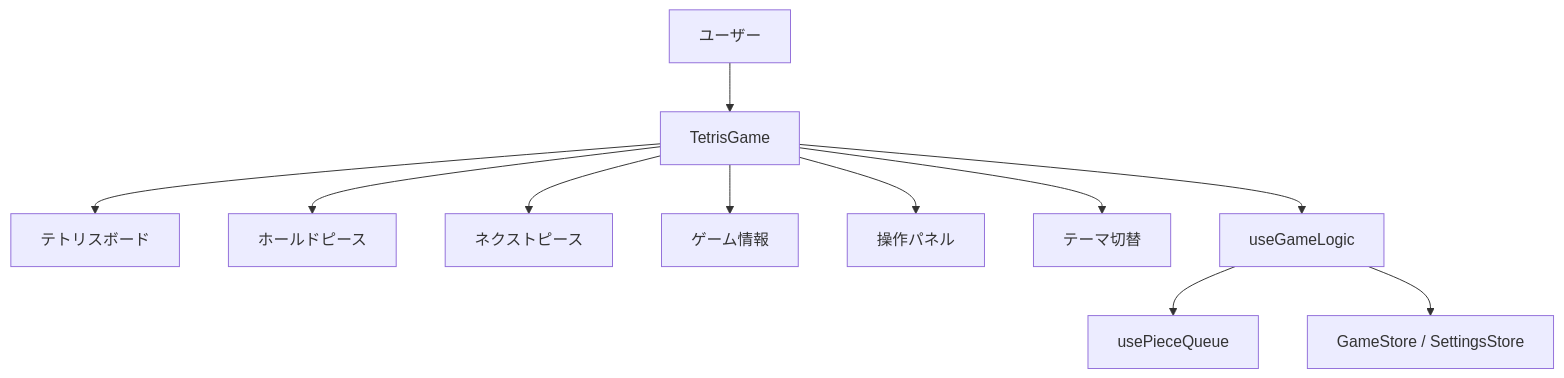
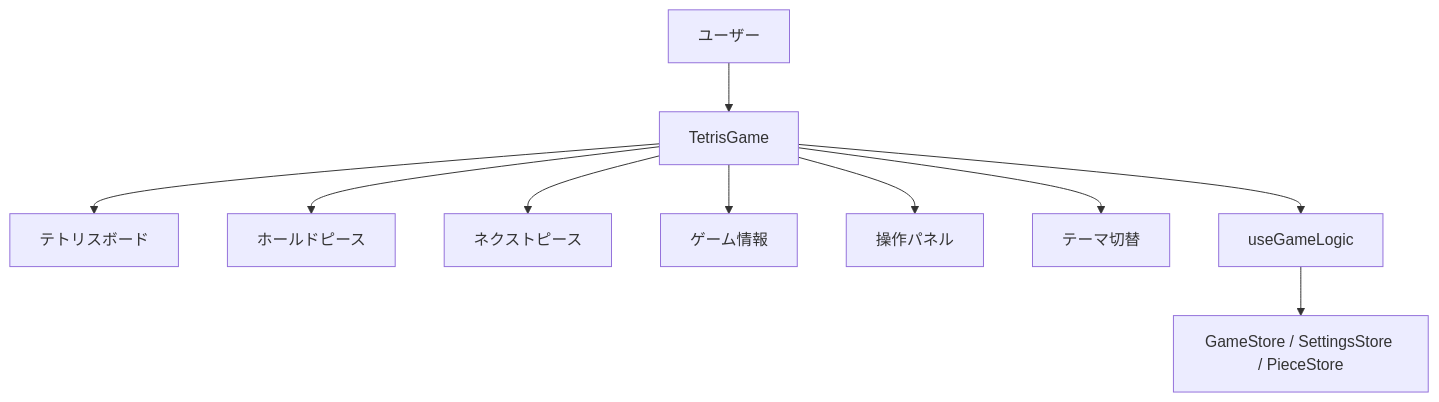
The first of 5 diagrams in docs/design.md (garchomp-game/tetris-create-test-codex_gpt5), drawn with Mermaid before and after one commit. The commit also changed other lines of this file and 5 other files, not shown here.

Commit message:
feat: add piece queue store

````diff
--- a/docs/design.md
+++ b/docs/design.md
@@ -4,13 +4,12 @@
 ```mermaid
 graph TD
   User[ユーザー] --> App[TetrisGame]
   App --> Board[テトリスボード]
   App --> Hold[ホールドピース]
   App --> Next[ネクストピース]
   App --> Info[ゲーム情報]
   App --> Controls[操作パネル]
   App --> Theme[テーマ切替]
   App --> Logic[useGameLogic]
-  Logic --> Queue[usePieceQueue]
-  Logic --> Stores[GameStore / SettingsStore]
+  Logic --> Stores[GameStore / SettingsStore / PieceStore]
 ```
````
